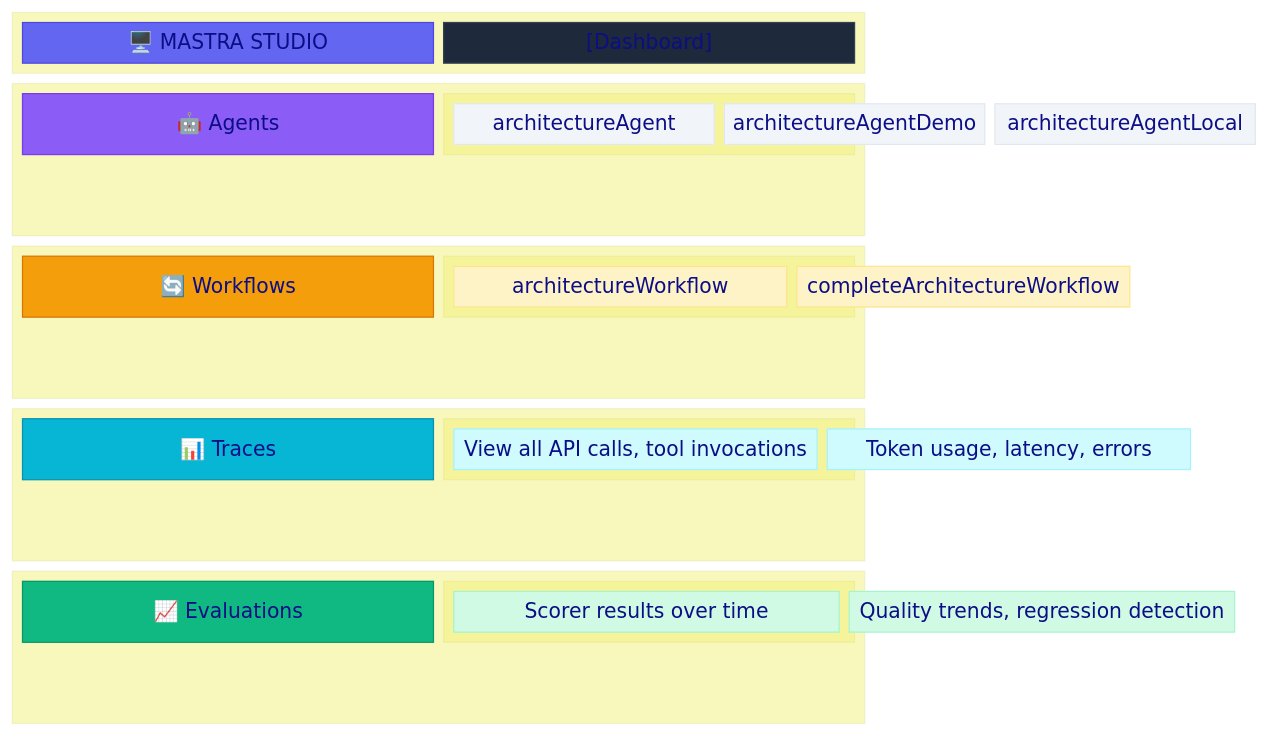
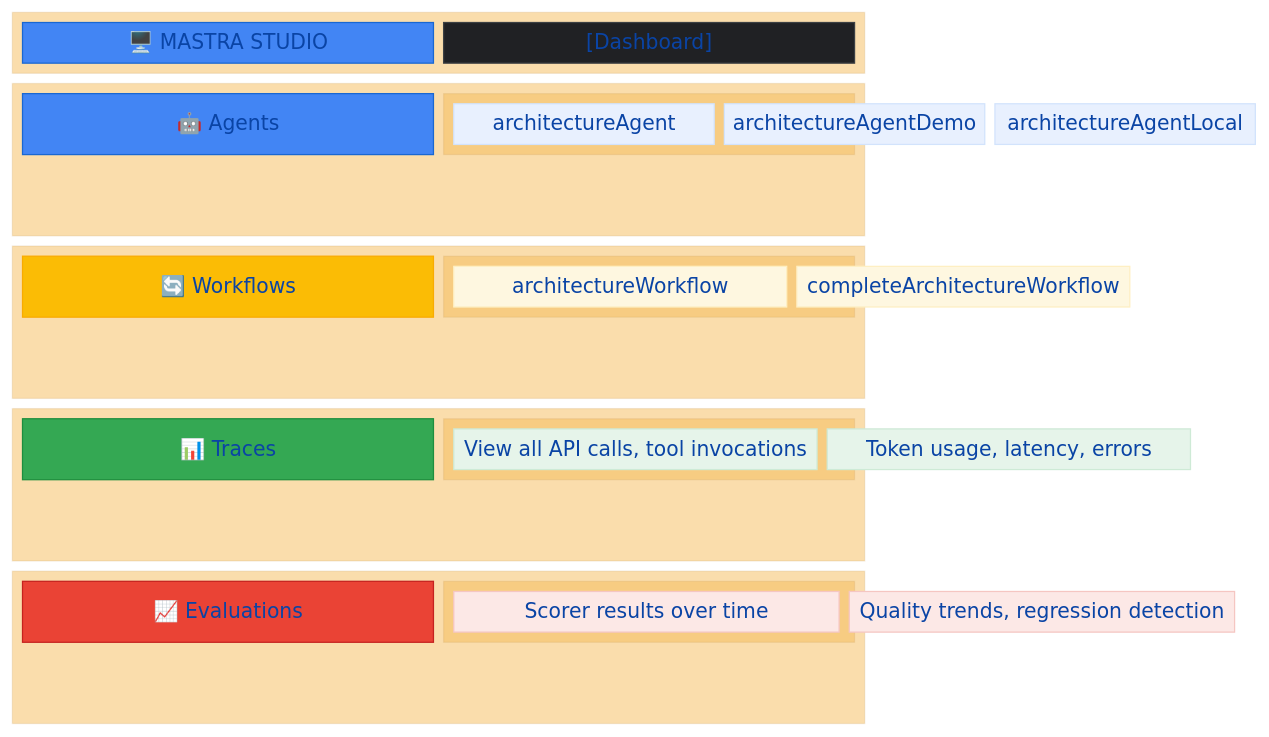
The fourth of 7 diagrams in docs/_posts/2025-01-31-mastra-ai-framework.md (techyvenki/techie-venki-hub), drawn with Mermaid before and after one commit. The commit also changed other lines of this file, not shown here.

````diff
--- a/docs/_posts/2025-01-31-mastra-ai-framework.md
+++ b/docs/_posts/2025-01-31-mastra-ai-framework.md
@@ -536,59 +536,59 @@
 ```mermaid
-%%{init: {'theme': 'base', 'themeVariables': { 'primaryColor': '#6366f1', 'primaryTextColor': '#fff', 'primaryBorderColor': '#4f46e5', 'lineColor': '#94a3b8'}}}%%
+%%{init: {'theme': 'base', 'themeVariables': { 'primaryColor': '#4285F4', 'primaryTextColor': '#fff', 'primaryBorderColor': '#1967D2', 'lineColor': '#5F6368'}}}%%
 block-beta
     columns 3
     
     block:header:3
         studioTitle["🖥️ MASTRA STUDIO"]
         dashboard["[Dashboard]"]
     end
     
     block:agents:3
         agentsLabel["🤖 Agents"]
         block:agentsList:2
             agent1["architectureAgent"]
             agent2["architectureAgentDemo"]
             agent3["architectureAgentLocal"]
         end
     end
     
     block:workflows:3
         workflowsLabel["🔄 Workflows"]
         block:workflowsList:2
             wf1["architectureWorkflow"]
             wf2["completeArchitectureWorkflow"]
         end
     end
     
     block:traces:3
         tracesLabel["📊 Traces"]
         block:tracesList:2
             trace1["View all API calls, tool invocations"]
             trace2["Token usage, latency, errors"]
         end
     end
     
     block:evals:3
         evalsLabel["📈 Evaluations"]
         block:evalsList:2
             eval1["Scorer results over time"]
             eval2["Quality trends, regression detection"]
         end
     end
 
-    style studioTitle fill:#6366f1,stroke:#4f46e5,color:#fff
-    style dashboard fill:#1e293b,stroke:#334155,color:#94a3b8
-    style agentsLabel fill:#8b5cf6,stroke:#7c3aed,color:#fff
-    style workflowsLabel fill:#f59e0b,stroke:#d97706,color:#fff
-    style tracesLabel fill:#06b6d4,stroke:#0891b2,color:#fff
-    style evalsLabel fill:#10b981,stroke:#059669,color:#fff
-    style agent1 fill:#f1f5f9,stroke:#e2e8f0,color:#475569
-    style agent2 fill:#f1f5f9,stroke:#e2e8f0,color:#475569
-    style agent3 fill:#f1f5f9,stroke:#e2e8f0,color:#475569
-    style wf1 fill:#fef3c7,stroke:#fde68a,color:#92400e
-    style wf2 fill:#fef3c7,stroke:#fde68a,color:#92400e
-    style trace1 fill:#cffafe,stroke:#a5f3fc,color:#155e75
-    style trace2 fill:#cffafe,stroke:#a5f3fc,color:#155e75
-    style eval1 fill:#d1fae5,stroke:#a7f3d0,color:#065f46
-    style eval2 fill:#d1fae5,stroke:#a7f3d0,color:#065f46
+    style studioTitle fill:#4285F4,stroke:#1967D2,color:#fff
+    style dashboard fill:#202124,stroke:#3C4043,color:#9AA0A6
+    style agentsLabel fill:#4285F4,stroke:#1967D2,color:#fff
+    style workflowsLabel fill:#FBBC05,stroke:#F9AB00,color:#202124
+    style tracesLabel fill:#34A853,stroke:#1E8E3E,color:#fff
+    style evalsLabel fill:#EA4335,stroke:#C5221F,color:#fff
+    style agent1 fill:#E8F0FE,stroke:#D2E3FC,color:#1967D2
+    style agent2 fill:#E8F0FE,stroke:#D2E3FC,color:#1967D2
+    style agent3 fill:#E8F0FE,stroke:#D2E3FC,color:#1967D2
+    style wf1 fill:#FEF7E0,stroke:#FEEFC3,color:#B06000
+    style wf2 fill:#FEF7E0,stroke:#FEEFC3,color:#B06000
+    style trace1 fill:#E6F4EA,stroke:#CEEAD6,color:#1E8E3E
+    style trace2 fill:#E6F4EA,stroke:#CEEAD6,color:#1E8E3E
+    style eval1 fill:#FCE8E6,stroke:#F5C6C2,color:#C5221F
+    style eval2 fill:#FCE8E6,stroke:#F5C6C2,color:#C5221F
 ```
````
